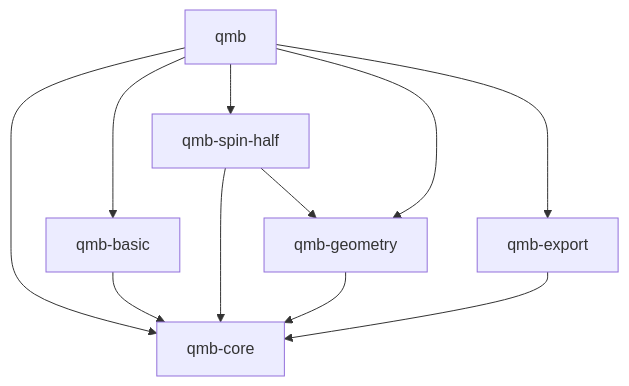
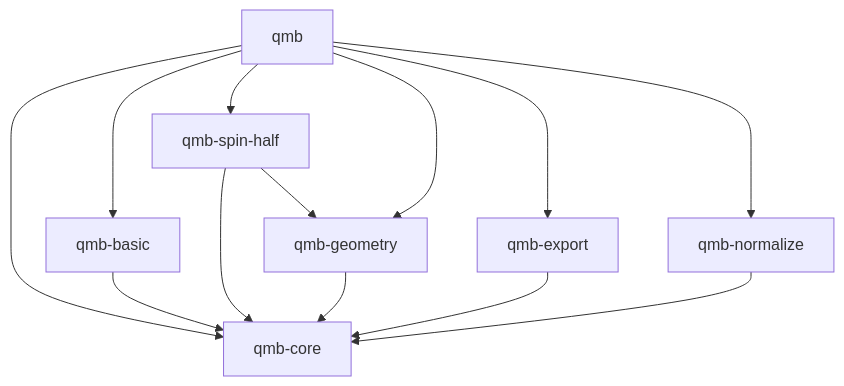
One commit to nattyo1226/qmb-rs changed the diagram in docs/implementation-plan.md. Above: the diagram before and after it, drawn with Mermaid. The commit also changed other lines of this file and 6 other files, not shown here.

````diff
--- a/docs/implementation-plan.md
+++ b/docs/implementation-plan.md
@@ -28,13 +29,15 @@
 ```mermaid
 graph TD
     Q[qmb] --> C[qmb-core]
     Q --> B[qmb-basic]
     Q --> S[qmb-spin-half]
     Q --> G[qmb-geometry]
     Q --> E[qmb-export]
+    Q --> N[qmb-normalize]
     S --> C
     S --> G
     G --> C
     E --> C
+    N --> C
     B --> C
 ```
````
